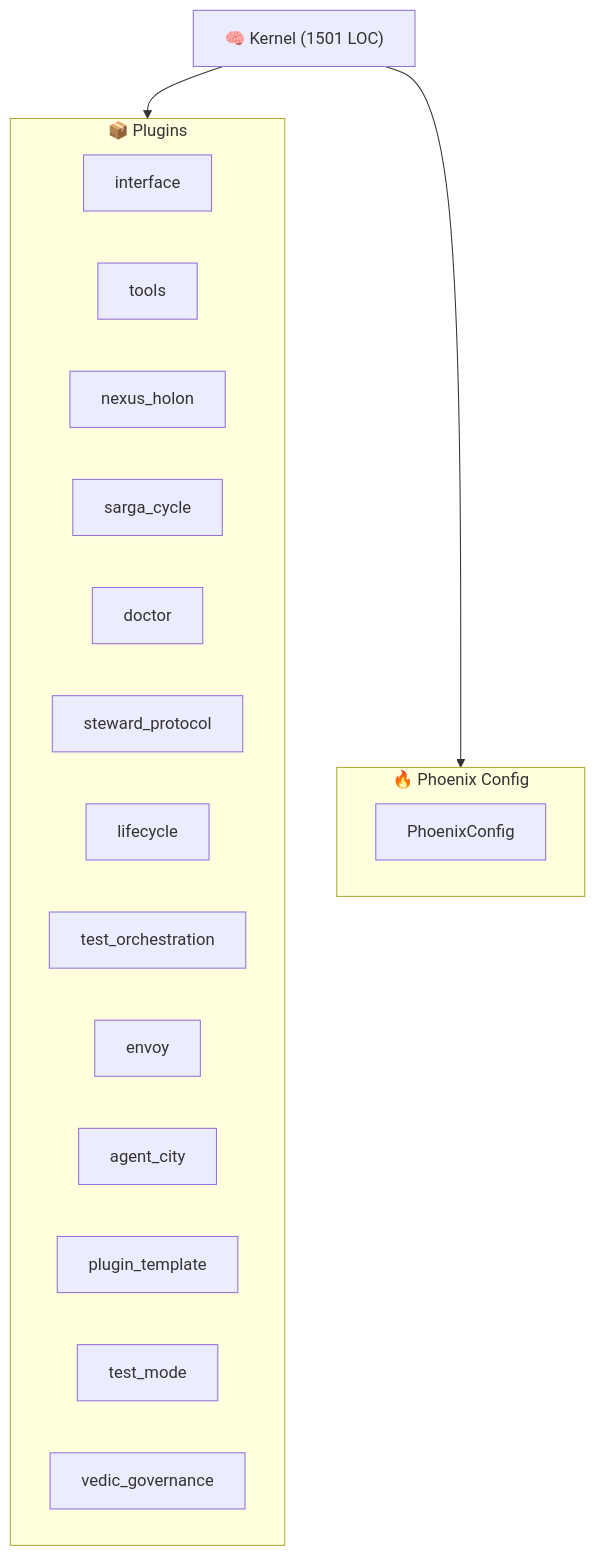
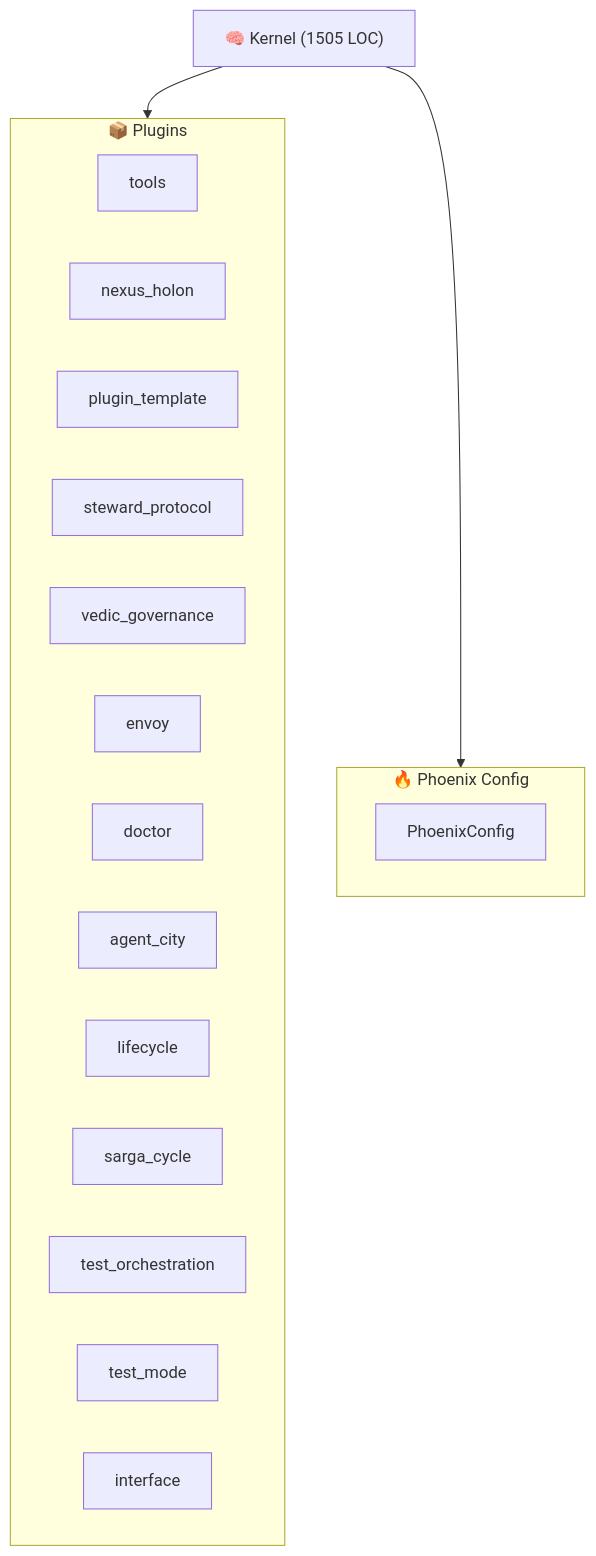
Before and after one commit to kimeisele/steward-protocol: the diagram in ARCHITECTURE.md, drawn with Mermaid. The commit also changed other lines of this file and 15 other files, not shown here.

````diff
--- a/ARCHITECTURE.md
+++ b/ARCHITECTURE.md
@@ -8,24 +8,24 @@
 ```mermaid
 graph TB
-    K["🧠 Kernel (1501 LOC)"]
+    K["🧠 Kernel (1505 LOC)"]
     subgraph Plugins["📦 Plugins"]
-        P_interface["interface"]
         P_tools["tools"]
         P_nexus_holon["nexus_holon"]
+        P_plugin_template["plugin_template"]
+        P_steward_protocol["steward_protocol"]
+        P_vedic_governance["vedic_governance"]
+        P_envoy["envoy"]
+        P_doctor["doctor"]
+        P_agent_city["agent_city"]
+        P_lifecycle["lifecycle"]
         P_sarga_cycle["sarga_cycle"]
-        P_doctor["doctor"]
-        P_steward_protocol["steward_protocol"]
-        P_lifecycle["lifecycle"]
         P_test_orchestration["test_orchestration"]
-        P_envoy["envoy"]
-        P_agent_city["agent_city"]
-        P_plugin_template["plugin_template"]
         P_test_mode["test_mode"]
-        P_vedic_governance["vedic_governance"]
+        P_interface["interface"]
     end
     K --> Plugins
     subgraph Config["🔥 Phoenix Config"]
         PC[PhoenixConfig]
     end
     K --> Config
 ```
````
